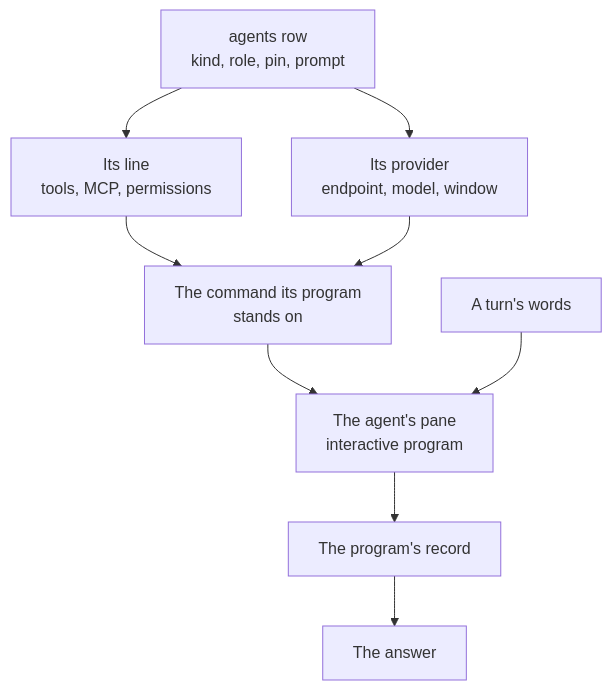
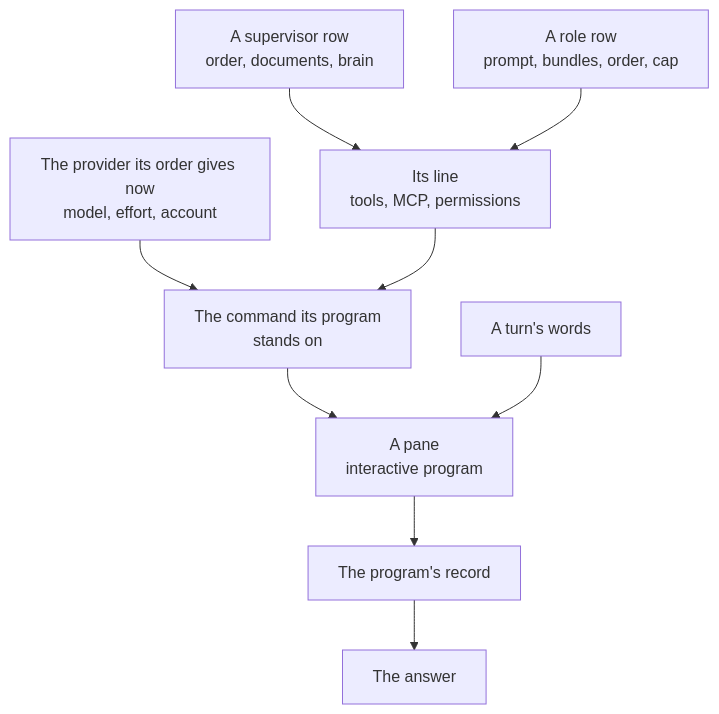
Before and after one commit to ahas/bmo-agency: the first of 2 diagrams in docs/agents.md, drawn with Mermaid. The commit also changed other lines of this file and 37 other files, not shown here.

````diff
--- a/docs/agents.md
+++ b/docs/agents.md
@@ -46,11 +50,11 @@
 ```mermaid
 flowchart TD
-  R[agents row<br/>kind, role, pin, prompt] --> L[Its line<br/>tools, MCP, permissions]
-  R --> P[Its provider<br/>endpoint, model, window]
-  L --> C[The command its program<br/>stands on]
-  P --> C
-  C --> Pane[The agent's pane<br/>interactive program]
+  S[A supervisor row<br/>order, documents, brain] --> L[Its line<br/>tools, MCP, permissions]
+  R[A role row<br/>prompt, bundles, order, cap] --> L
+  O[The provider its order gives now<br/>model, effort, account] --> C[The command its program<br/>stands on]
+  L --> C
+  C --> Pane[A pane<br/>interactive program]
   T[A turn's words] --> Pane
   Pane --> Rec[The program's record]
   Rec --> A[The answer]
 ```
````
